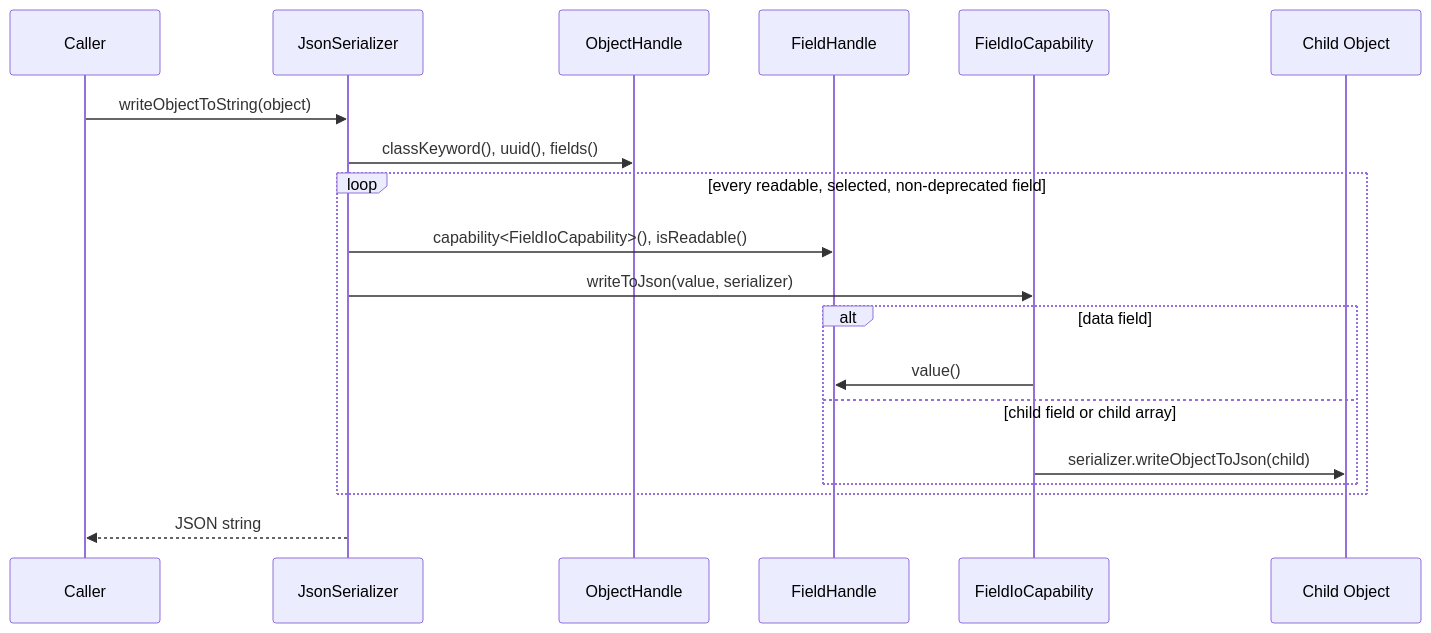
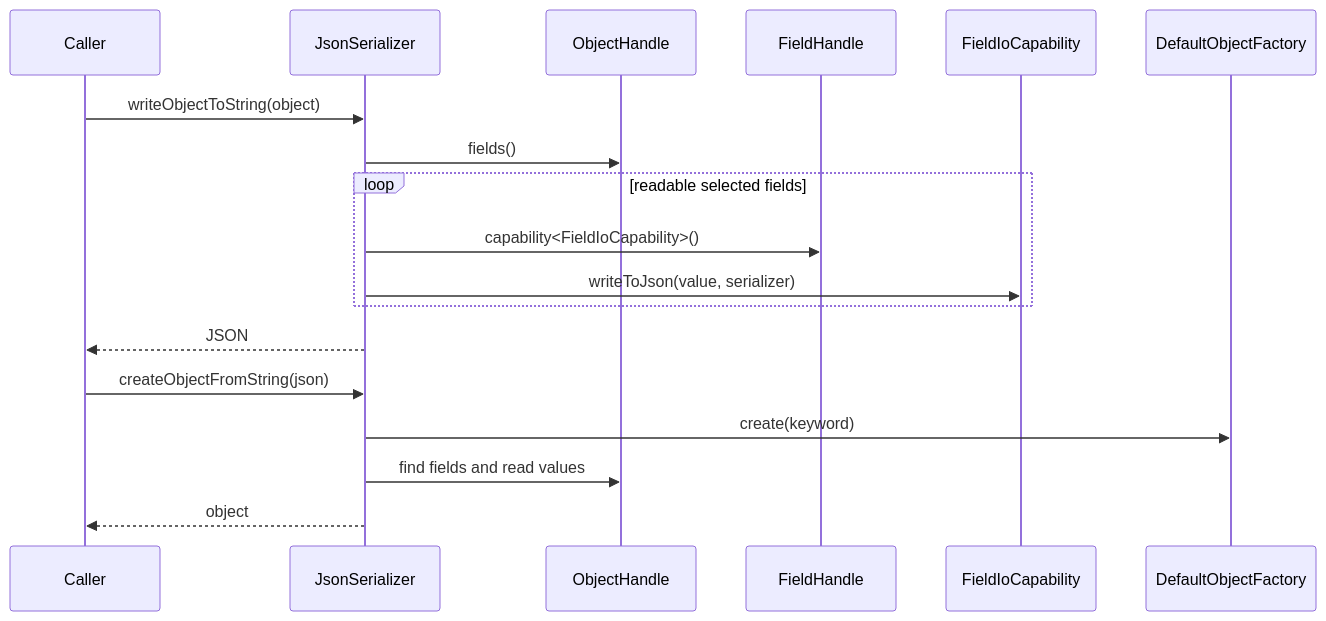
One commit to lindkvis/caffa changed the fourth of 5 diagrams in docs/caffa_architecture.md. Above: the diagram before and after it, drawn with Mermaid. The commit also changed other lines of this file and 69 other files, not shown here.

````diff
--- a/docs/caffa_architecture.md
+++ b/docs/caffa_architecture.md
@@ -447,22 +137,22 @@
 ```mermaid
 sequenceDiagram
     participant Caller
     participant Ser as JsonSerializer
     participant Obj as ObjectHandle
     participant Field as FieldHandle
-    participant IoCap as FieldIoCapability
-    participant Child as Child Object
+    participant Io as FieldIoCapability
+    participant Factory as DefaultObjectFactory
 
     Caller->>Ser: writeObjectToString(object)
-    Ser->>Obj: classKeyword(), uuid(), fields()
-    loop every readable, selected, non-deprecated field
-        Ser->>Field: capability<FieldIoCapability>(), isReadable()
-        Ser->>IoCap: writeToJson(value, serializer)
-        alt data field
-            IoCap->>Field: value()
-        else child field or child array
-            IoCap->>Child: serializer.writeObjectToJson(child)
-        end
+    Ser->>Obj: fields()
+    loop readable selected fields
+        Ser->>Field: capability<FieldIoCapability>()
+        Ser->>Io: writeToJson(value, serializer)
     end
-    Ser-->>Caller: JSON string
+    Ser-->>Caller: JSON
+
+    Caller->>Ser: createObjectFromString(json)
+    Ser->>Factory: create(keyword)
+    Ser->>Obj: find fields and read values
+    Ser-->>Caller: object
 ```
````
